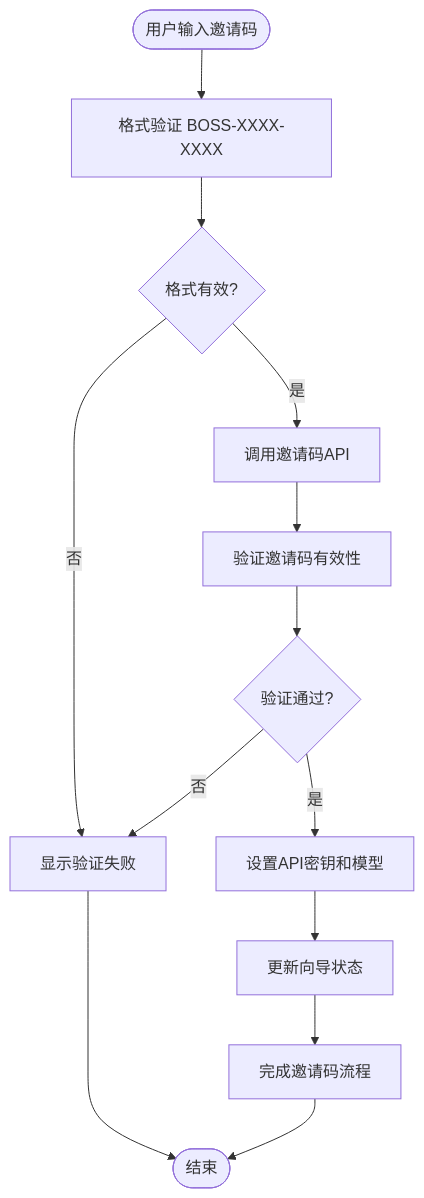
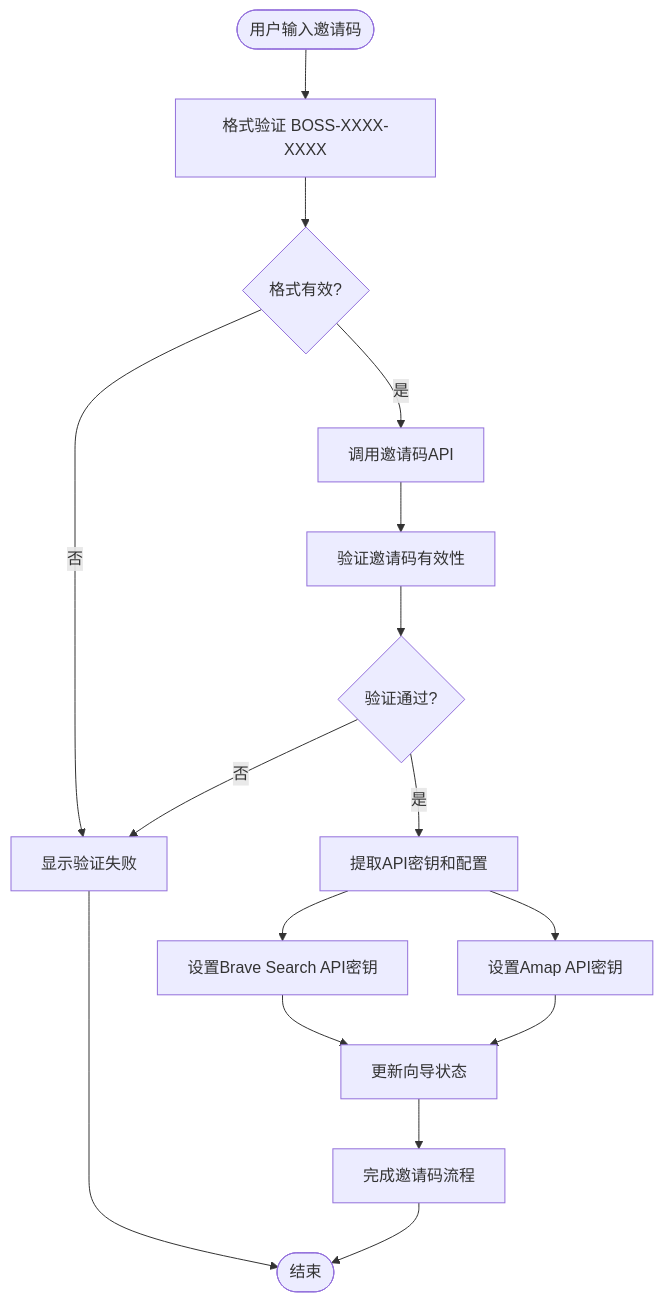
Before and after one commit to verse-ai-org/openclaw: the sixth of 13 diagrams in .qoder/repowiki/zh/content/设置向导集成指南.md, drawn with Mermaid. The commit also changed other lines of this file and 7 other files, not shown here.

````diff
--- a/.qoder/repowiki/zh/content/设置向导集成指南.md
+++ b/.qoder/repowiki/zh/content/设置向导集成指南.md
@@ -380,15 +387,18 @@
 ```mermaid
 flowchart TD
 Start([用户输入邀请码]) --> FormatCheck[格式验证 BOSS-XXXX-XXXX]
 FormatCheck --> ValidFormat{格式有效?}
 ValidFormat --> |否| ShowError[显示格式错误]
 ValidFormat --> |是| CallAPI[调用邀请码API]
 CallAPI --> ValidateAPI[验证邀请码有效性]
 ValidateAPI --> ValidCode{验证通过?}
 ValidCode --> |否| ShowError[显示验证失败]
-ValidCode --> |是| SetCredentials[设置API密钥和模型]
-SetCredentials --> UpdateState[更新向导状态]
+ValidCode --> |是| ExtractKeys[提取API密钥和配置]
+ExtractKeys --> SetBraveKey[设置Brave Search API密钥]
+ExtractKeys --> SetAmapKey[设置Amap API密钥]
+SetBraveKey --> UpdateState[更新向导状态]
+SetAmapKey --> UpdateState
 UpdateState --> Complete[完成邀请码流程]
 ShowError --> End([结束])
 Complete --> End
 ```
````
